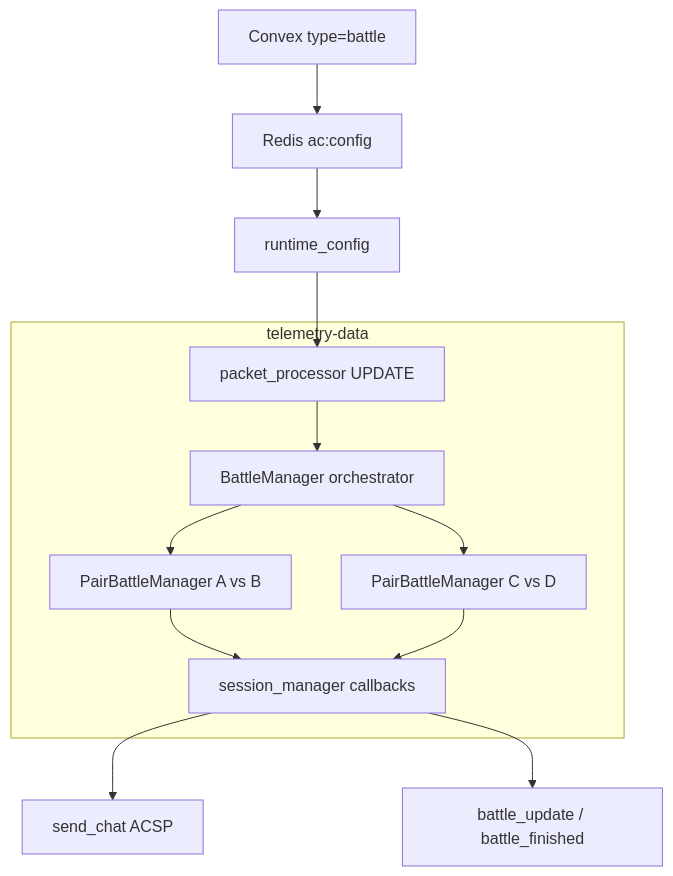
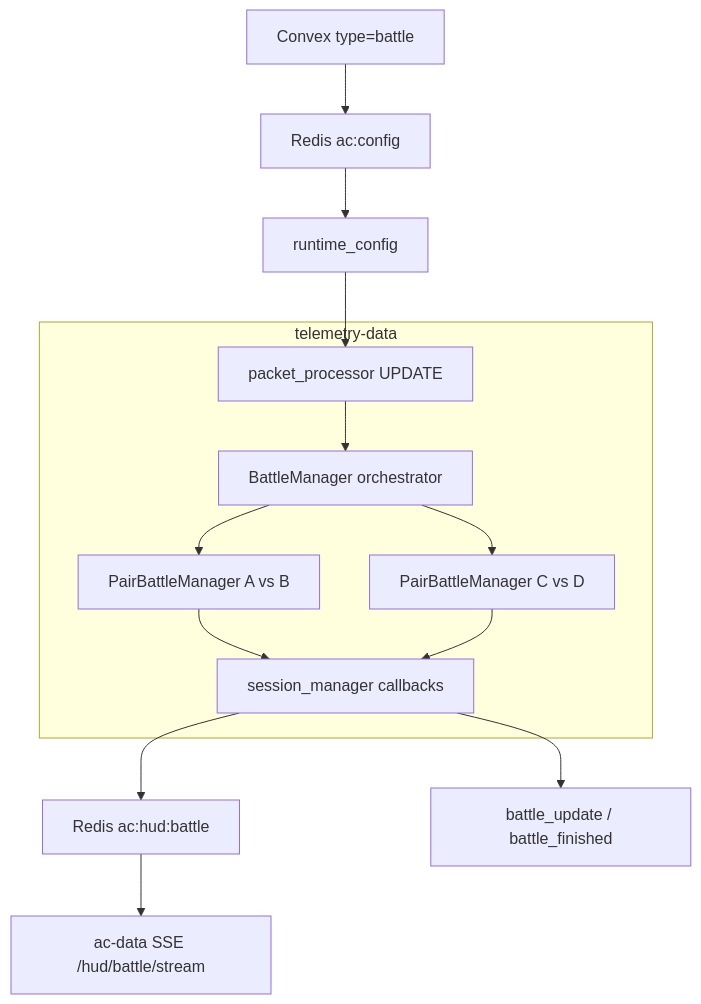
Before and after one commit to Porx312/docker-infrasture-assetto-corsa: the diagram in telemetry-data/docs/BATTLE_MODE.md, drawn with Mermaid. The commit also changed other lines of this file and 96 other files, not shown here.

````diff
--- a/telemetry-data/docs/BATTLE_MODE.md
+++ b/telemetry-data/docs/BATTLE_MODE.md
@@ -15,20 +15,21 @@
 ```mermaid
 flowchart TB
   subgraph telemetry [telemetry-data]
     PP[packet_processor UPDATE]
     BM[BattleManager orchestrator]
     PM1[PairBattleManager A vs B]
     PM2[PairBattleManager C vs D]
     SM[session_manager callbacks]
   end
   Convex[Convex type=battle] --> Redis[Redis ac:config]
   Redis --> RC[runtime_config]
   RC --> PP
   PP --> BM
   BM --> PM1
   BM --> PM2
   PM1 --> SM
   PM2 --> SM
-  SM --> Chat[send_chat ACSP]
+  SM --> HudRedis[Redis ac:hud:battle]
   SM --> Webhook[battle_update / battle_finished]
+  HudRedis --> AcData[ac-data SSE /hud/battle/stream]
 ```
````
